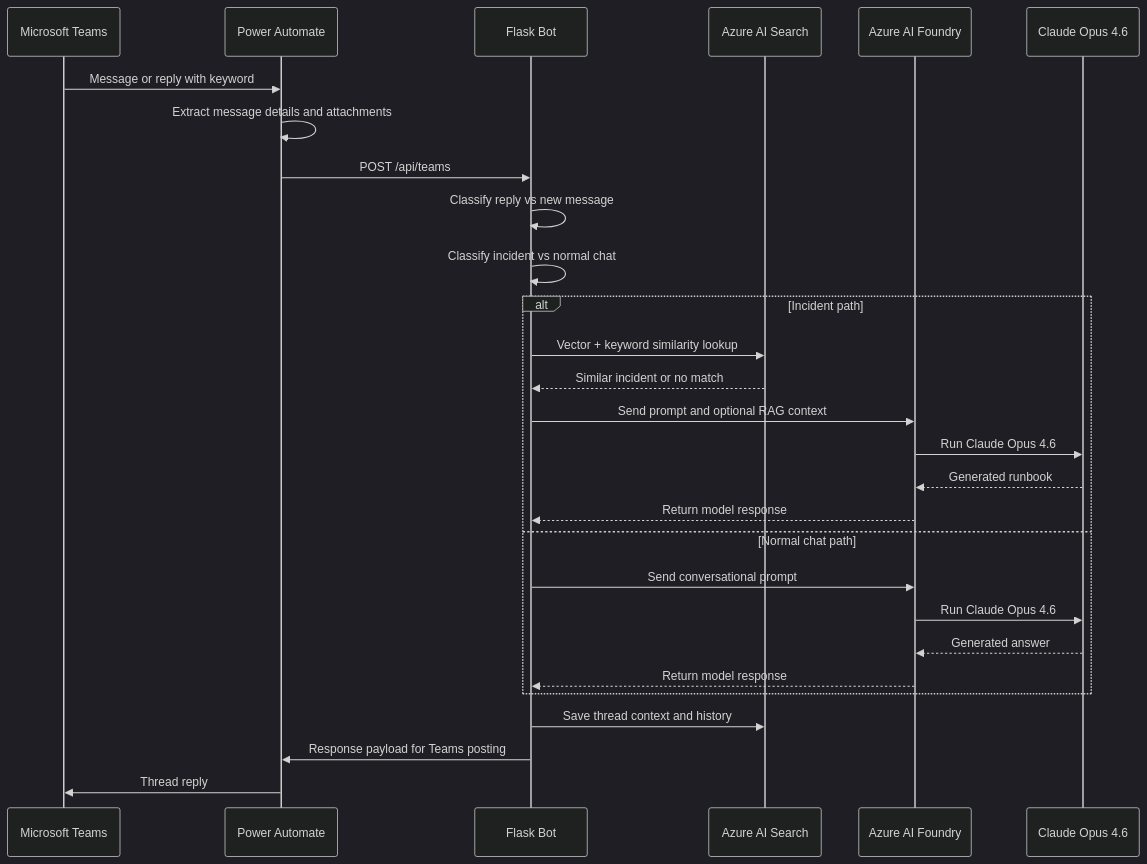
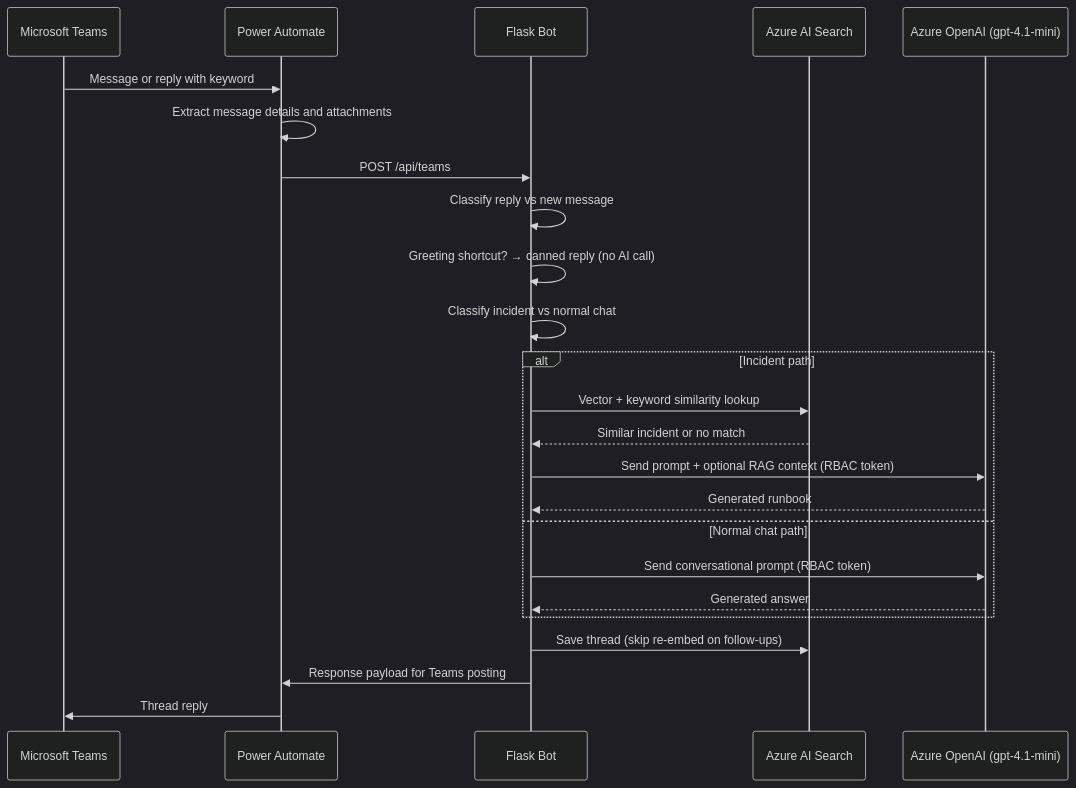
The second of 2 diagrams in README.md (Nishaanth419/SRE_Bot_Bosch), drawn with Mermaid (dark theme) before and after one commit. The commit also changed other lines of this file, not shown here.

````diff
--- a/README.md
+++ b/README.md
@@ -78,31 +79,27 @@
 ```mermaid
 sequenceDiagram
     participant Teams as Microsoft Teams
     participant PA as Power Automate
     participant Bot as Flask Bot
     participant Search as Azure AI Search
-    participant Foundry as Azure AI Foundry
-    participant AI as Claude Opus 4.6
+    participant OAI as Azure OpenAI (gpt-4.1-mini)
 
     Teams->>PA: Message or reply with keyword
     PA->>PA: Extract message details and attachments
     PA->>Bot: POST /api/teams
     Bot->>Bot: Classify reply vs new message
+    Bot->>Bot: Greeting shortcut? → canned reply (no AI call)
     Bot->>Bot: Classify incident vs normal chat
     alt Incident path
         Bot->>Search: Vector + keyword similarity lookup
         Search-->>Bot: Similar incident or no match
-      Bot->>Foundry: Send prompt and optional RAG context
-      Foundry->>AI: Run Claude Opus 4.6
-      AI-->>Foundry: Generated runbook
-      Foundry-->>Bot: Return model response
+      Bot->>OAI: Send prompt + optional RAG context (RBAC token)
+      OAI-->>Bot: Generated runbook
     else Normal chat path
-      Bot->>Foundry: Send conversational prompt
-      Foundry->>AI: Run Claude Opus 4.6
-      AI-->>Foundry: Generated answer
-      Foundry-->>Bot: Return model response
+      Bot->>OAI: Send conversational prompt (RBAC token)
+      OAI-->>Bot: Generated answer
     end
-    Bot->>Search: Save thread context and history
+    Bot->>Search: Save thread (skip re-embed on follow-ups)
     Bot->>PA: Response payload for Teams posting
     PA->>Teams: Thread reply
 ```
````
